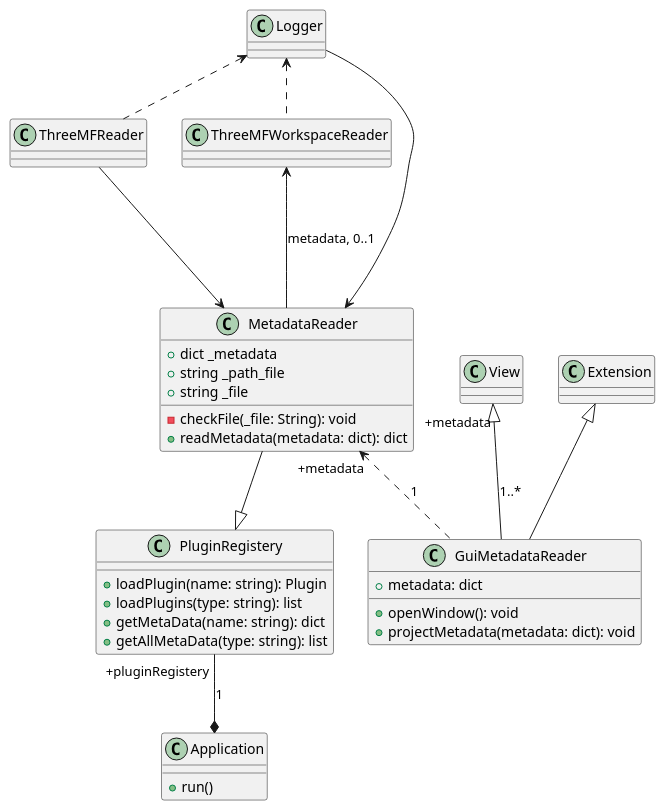
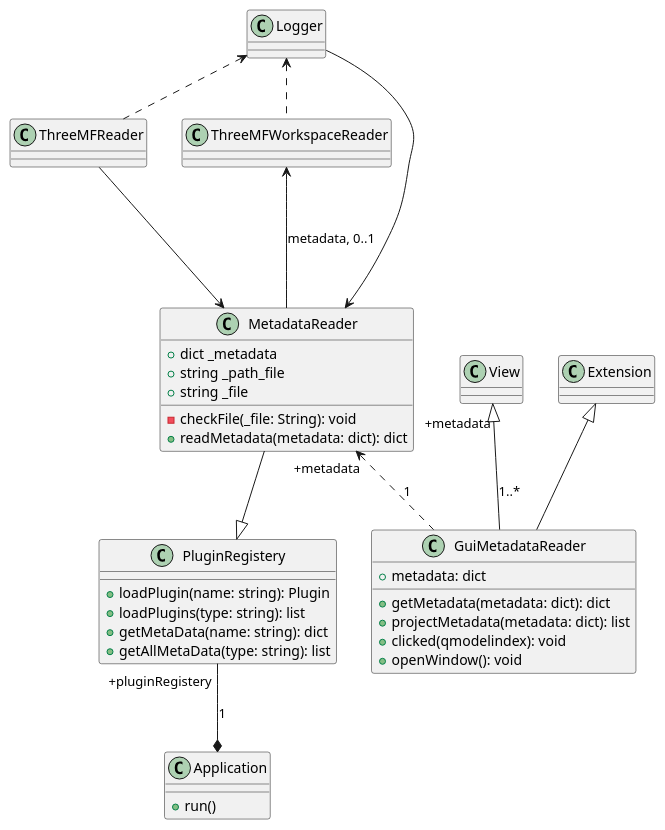
One commit to GeoKrom/NTUA-Technologies-and-Applications-of-Additive-Manufacturing-3D-Printing-course changed the diagram in UML Class Diagram 3MFGui.puml. Above: the diagram before and after it, drawn with PlantUML. The commit also changed 1 other file, not shown here.

```diff
--- a/UML Class Diagram 3MFGui.puml
+++ b/UML Class Diagram 3MFGui.puml
@@ -1,42 +1,46 @@
 @startuml
 'https://plantuml.com/class-diagram
 
 static class Logger
 class View
 class Extension
 class ThreeMFReader
 class ThreeMFWorkspaceReader
 class MetadataReader {
     +dict _metadata
     +string _path_file
     +string _file
     -checkFile(_file: String): void
     +readMetadata(metadata: dict): dict
 }
 class Application {
     +run()
 }
 class GuiMetadataReader {
 
     +metadata: dict
+    +getMetadata(metadata: dict): dict
+    +projectMetadata(metadata: dict): list
+    +clicked(qmodelindex): void
     +openWindow(): void
-    +projectMetadata(metadata: dict): void
+
 
 }
 class PluginRegistery {
     +loadPlugin(name: string): Plugin
     +loadPlugins(type: string): list
     +getMetaData(name: string): dict
     +getAllMetaData(type: string): list
 }
 Logger <.. ThreeMFReader
 Logger <.. ThreeMFWorkspaceReader
 ThreeMFWorkspaceReader <--- MetadataReader : metadata, 0..1
 ThreeMFReader ---> MetadataReader
 MetadataReader --|> PluginRegistery
 MetadataReader <-- Logger
 MetadataReader <.. GuiMetadataReader: "+metadata" 1
 View <|-- GuiMetadataReader : " +metadata "  1..*
 Extension <|-- GuiMetadataReader
 PluginRegistery --* Application: "+pluginRegistery"  1
+
 @enduml
```
